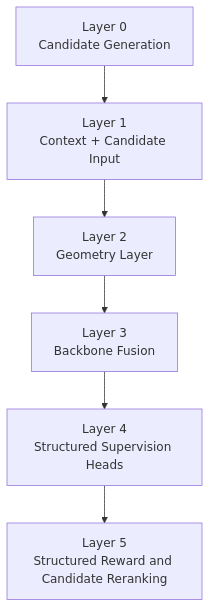
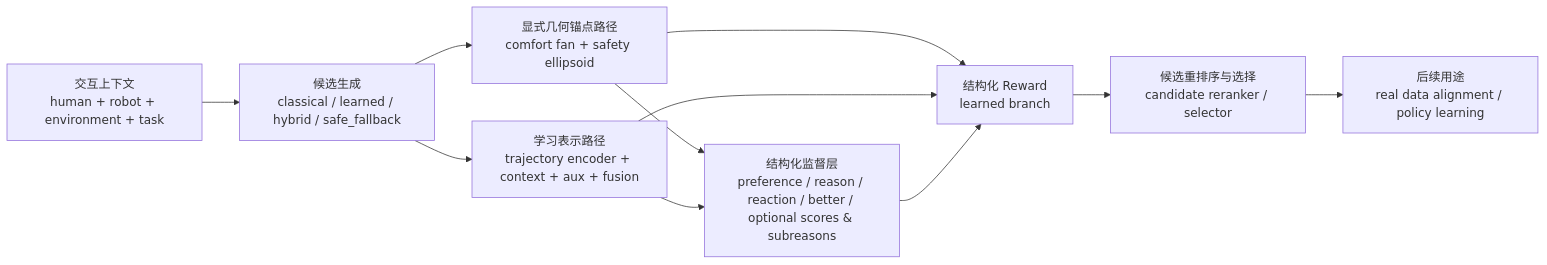
One commit to fanz23-cell/Structured-Reward-Modeling-for-Object-Handover-in-Complex-Human-Robot-Interaction-Scenarios changed the first of 2 diagrams in README.md. Above: the diagram before and after it, drawn with Mermaid. The commit also changed other lines of this file, not shown here.

````diff
--- a/README.md
+++ b/README.md
@@ -127,8 +149,13 @@
 ```mermaid
-flowchart TD
-    A[Layer 0<br/>Candidate Generation] --> B[Layer 1<br/>Context + Candidate Input]
-    B --> C[Layer 2<br/>Geometry Layer]
-    C --> D[Layer 3<br/>Backbone Fusion]
-    D --> E[Layer 4<br/>Structured Supervision Heads]
-    E --> F[Layer 5<br/>Structured Reward and Candidate Reranking]
+flowchart LR
+    A[交互上下文<br/>human + robot + environment + task] --> B[候选生成<br/>classical / learned / hybrid / safe_fallback]
+    B --> C[显式几何锚点路径<br/>comfort fan + safety ellipsoid]
+    B --> D[学习表示路径<br/>trajectory encoder + context + aux + fusion]
+    C --> E[结构化监督层<br/>preference / reason / reaction / better / optional scores & subreasons]
+    D --> E
+    C --> F[结构化 Reward<br/>geometry branch]
+    D --> F[结构化 Reward<br/>learned branch]
+    E --> F
+    F --> G[候选重排序与选择<br/>candidate reranker / selector]
+    G --> H[后续用途<br/>real data alignment / policy learning]
 ```
````
